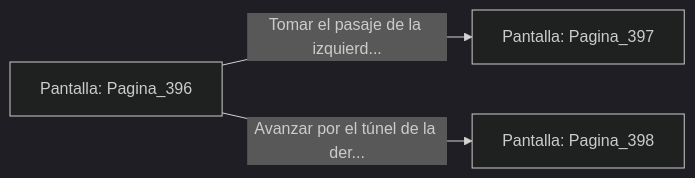
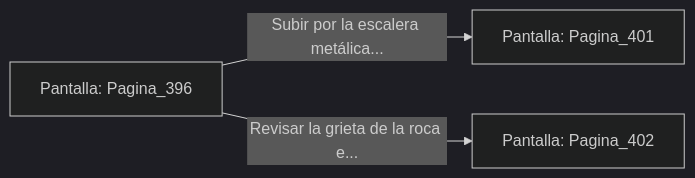
One commit to metsuke/mpl changed the diagram in sample/eligejuego-vault/Pantalla_Pagina_396.md. Above: the diagram before and after it, drawn with Mermaid (dark theme). The commit also changed other lines of this file and 635 other files, not shown here.

First line of the commit message:
fix: añadir Pagina_1 como pantalla inicial en capitulo_01.mpl

````diff
--- a/sample/eligejuego-vault/Pantalla_Pagina_396.md
+++ b/sample/eligejuego-vault/Pantalla_Pagina_396.md
@@ -20,6 +22,6 @@
 ```mermaid
 graph LR
     P_Pagina_396["Pantalla: Pagina_396"]
-    P_Pagina_396 -->|"Tomar el pasaje de la izquierd..."| P_Pagina_397["Pantalla: Pagina_397"]
-    P_Pagina_396 -->|"Avanzar por el túnel de la der..."| P_Pagina_398["Pantalla: Pagina_398"]
+    P_Pagina_396 -->|"Subir por la escalera metálica..."| P_Pagina_401["Pantalla: Pagina_401"]
+    P_Pagina_396 -->|"Revisar la grieta de la roca e..."| P_Pagina_402["Pantalla: Pagina_402"]
 ```
````
